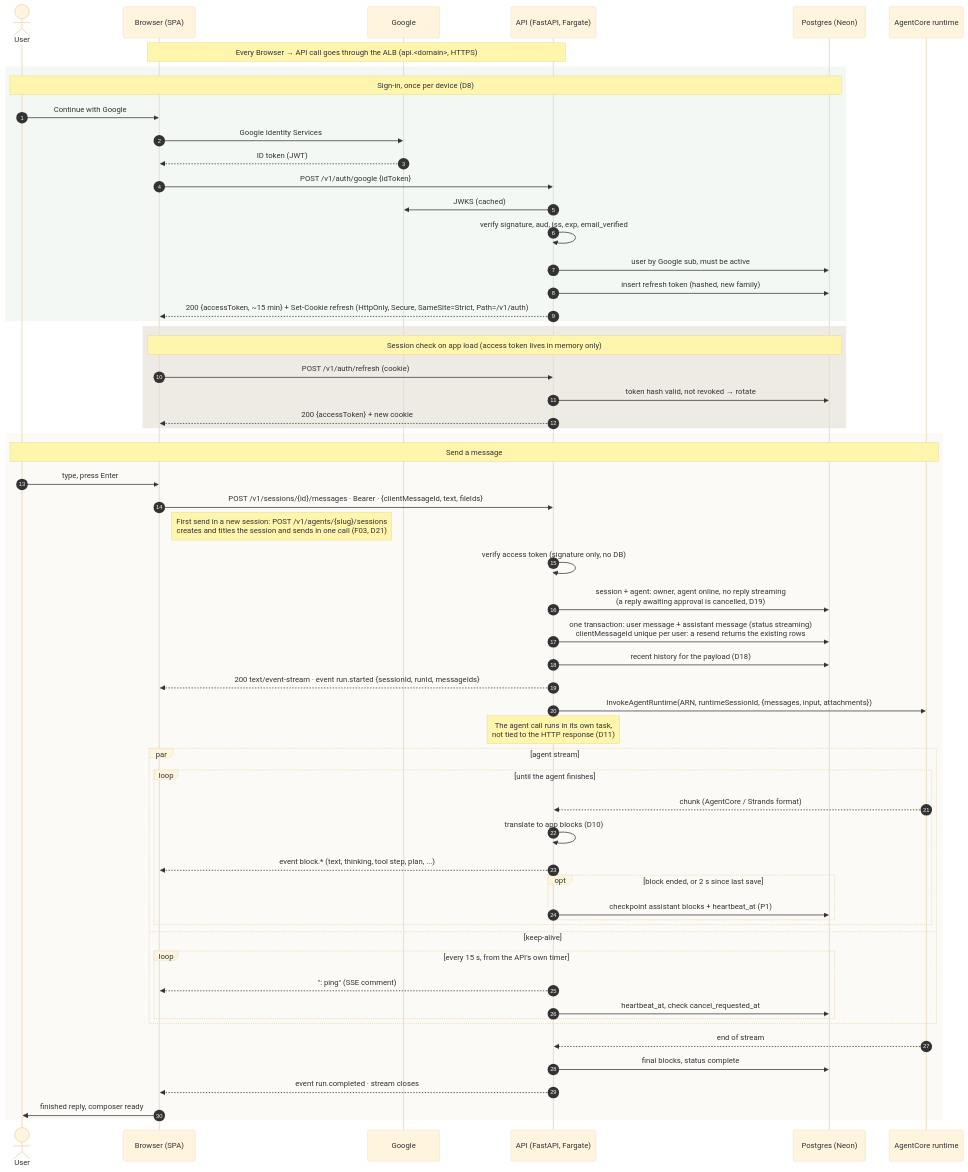
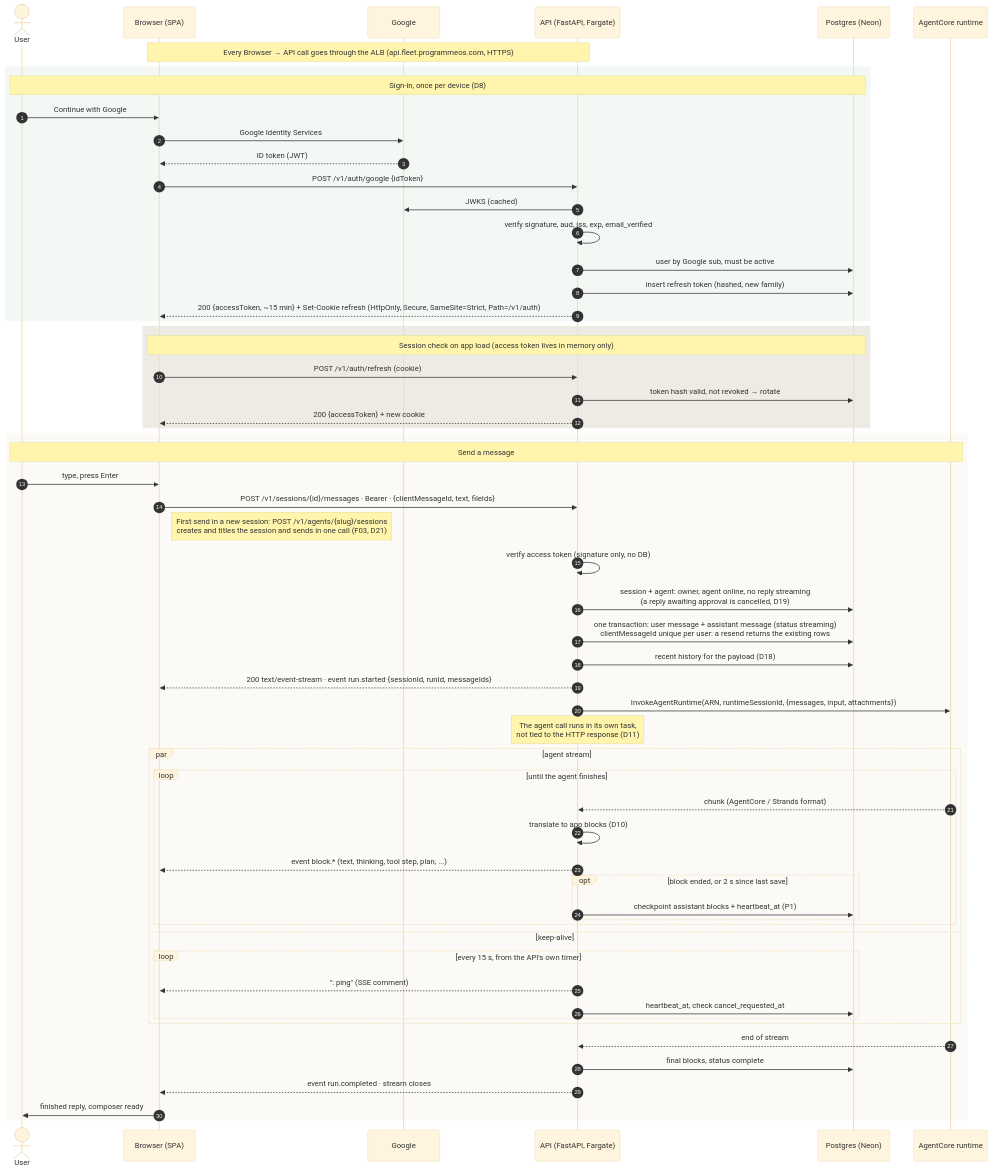
The diagram in docs/diagrams/send-message.mmd (IsraelBO17/agent_hub), drawn with Mermaid (base theme) before and after one commit. The commit also changed 7 other files, not shown here.

```diff
--- a/docs/diagrams/send-message.mmd
+++ b/docs/diagrams/send-message.mmd
@@ -1,66 +1,66 @@
 %% Sequence: user sends a message (normal path). Failure paths: send-message-failures.mmd.
 %% Rules and timers: docs/SEND_MESSAGE.md. Decisions: docs/ARCHITECTURE.md (D5, D8, D10, D11, D18, D20, D21, P1).
 %% Attachments and approvals: approval-and-upload.mmd.
 sequenceDiagram
   autonumber
   actor U as User
   participant B as Browser (SPA)
   participant G as Google
   participant A as API (FastAPI, Fargate)
   participant DB as Postgres (Neon)
   participant R as AgentCore runtime
 
-  Note over B,A: Every Browser → API call goes through the ALB (api.<domain>, HTTPS)
+  Note over B,A: Every Browser → API call goes through the ALB (api.fleet.programmeos.com, HTTPS)
 
   rect rgb(243, 248, 245)
     Note over U,DB: Sign-in, once per device (D8)
     U->>B: Continue with Google
     B->>G: Google Identity Services
     G-->>B: ID token (JWT)
     B->>A: POST /v1/auth/google {idToken}
     A->>G: JWKS (cached)
     A->>A: verify signature, aud, iss, exp, email_verified
     A->>DB: user by Google sub, must be active
     A->>DB: insert refresh token (hashed, new family)
     A-->>B: 200 {accessToken, ~15 min} + Set-Cookie refresh (HttpOnly, Secure, SameSite=Strict, Path=/v1/auth)
   end
 
   rect rgb(238, 235, 228)
     Note over B,DB: Session check on app load (access token lives in memory only)
     B->>A: POST /v1/auth/refresh (cookie)
     A->>DB: token hash valid, not revoked → rotate
     A-->>B: 200 {accessToken} + new cookie
   end
 
   rect rgb(251, 250, 247)
     Note over U,R: Send a message
     U->>B: type, press Enter
     B->>A: POST /v1/sessions/{id}/messages · Bearer · {clientMessageId, text, fileIds}
     Note right of B: First send in a new session: POST /v1/agents/{slug}/sessions<br/>creates and titles the session and sends in one call (F03, D21)
     A->>A: verify access token (signature only, no DB)
     A->>DB: session + agent: owner, agent online, no reply streaming<br/>(a reply awaiting approval is cancelled, D19)
     A->>DB: one transaction: user message + assistant message (status streaming)<br/>clientMessageId unique per user: a resend returns the existing rows
     A->>DB: recent history for the payload (D18)
     A-->>B: 200 text/event-stream · event run.started {sessionId, runId, messageIds}
     A->>R: InvokeAgentRuntime(ARN, runtimeSessionId, {messages, input, attachments})
     Note over A: The agent call runs in its own task,<br/>not tied to the HTTP response (D11)
     par agent stream
       loop until the agent finishes
         R-->>A: chunk (AgentCore / Strands format)
         A->>A: translate to app blocks (D10)
         A-->>B: event block.* (text, thinking, tool step, plan, ...)
         opt block ended, or 2 s since last save
           A->>DB: checkpoint assistant blocks + heartbeat_at (P1)
         end
       end
     and keep-alive
       loop every 15 s, from the API's own timer
         A-->>B: ": ping" (SSE comment)
         A->>DB: heartbeat_at, check cancel_requested_at
       end
     end
     R-->>A: end of stream
     A->>DB: final blocks, status complete
     A-->>B: event run.completed · stream closes
     B->>U: finished reply, composer ready
   end
```
